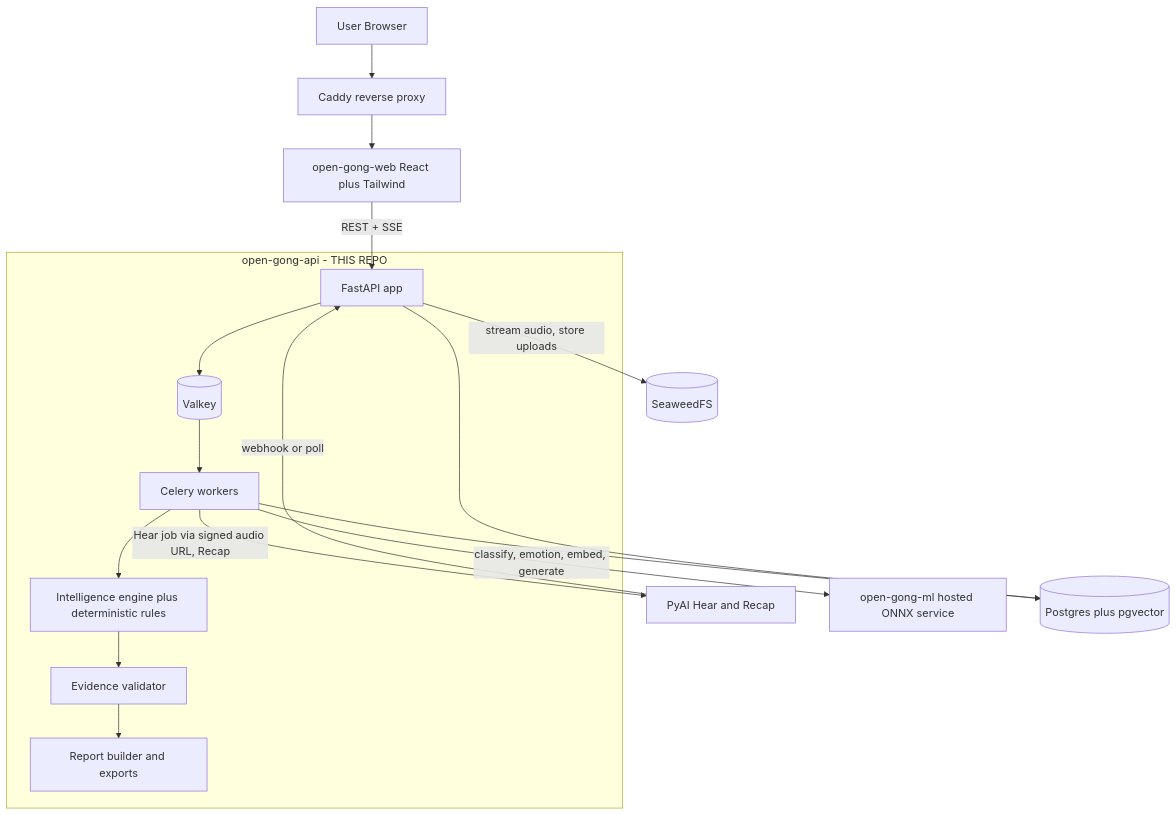
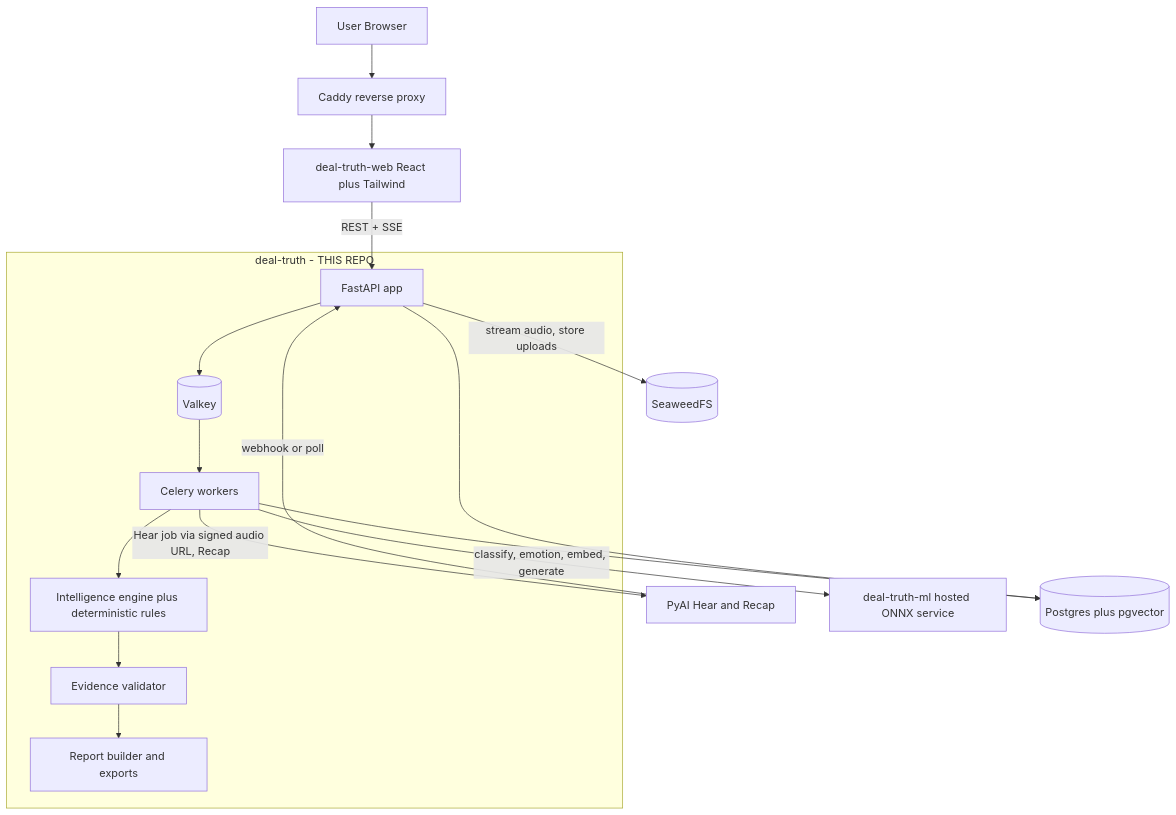
The first of 3 diagrams in docs/ARCHITECTURE.md (debjyoti-pandit/deal-truth-api), drawn with Mermaid before and after one commit. The commit also changed other lines of this file and 29 other files, not shown here.

Commit message:
feat: bootstrap Deal Truth API with one-command Docker stack 🚀

````diff
--- a/docs/ARCHITECTURE.md
+++ b/docs/ARCHITECTURE.md
@@ -81,21 +81,21 @@
 ```mermaid
 flowchart TD
     Browser[User Browser] --> Caddy[Caddy reverse proxy]
-    Caddy --> UI[open-gong-web React plus Tailwind]
+    Caddy --> UI[deal-truth-web React plus Tailwind]
     UI -->|"REST + SSE"| API
 
-    subgraph apiRepo [open-gong-api - THIS REPO]
+    subgraph apiRepo [deal-truth - THIS REPO]
         API[FastAPI app] --> Valkey[(Valkey)]
         Valkey --> Worker[Celery workers]
         Worker --> Intel[Intelligence engine plus deterministic rules]
         Intel --> Validator[Evidence validator]
         Validator --> Report[Report builder and exports]
     end
 
     API -->|"stream audio, store uploads"| Seaweed[(SeaweedFS)]
     Worker -->|"Hear job via signed audio URL, Recap"| PyAI[PyAI Hear and Recap]
     PyAI -->|"webhook or poll"| API
-    Worker -->|"classify, emotion, embed, generate"| ML[open-gong-ml hosted ONNX service]
+    Worker -->|"classify, emotion, embed, generate"| ML[deal-truth-ml hosted ONNX service]
     Worker --> PG[(Postgres plus pgvector)]
     API --> PG
 ```
````
